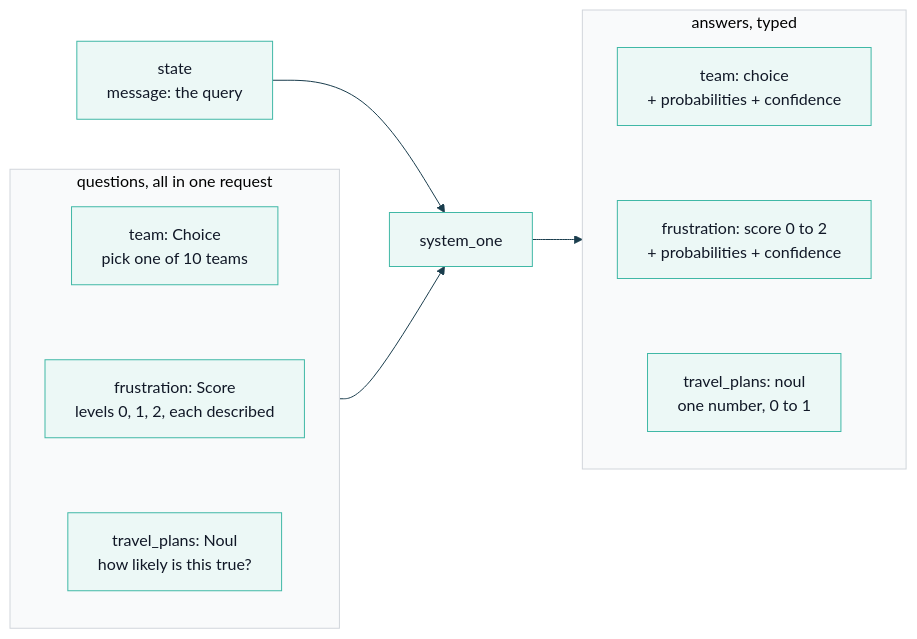
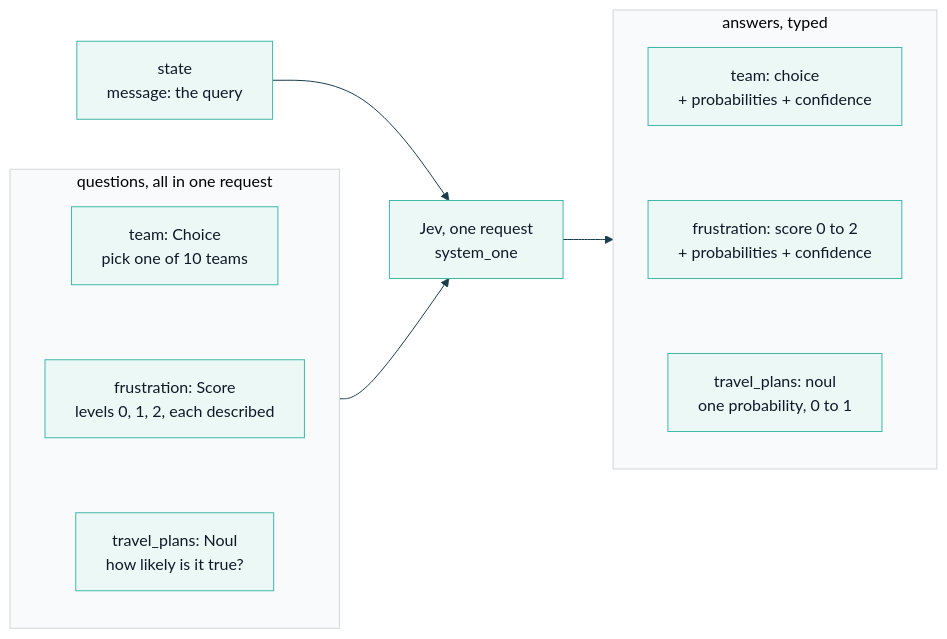
One commit to axel-sirota/getting_started_jev changed the diagram in course/diagrams/module_01/jev-request-anatomy.mmd. Above: the diagram before and after it, drawn with Mermaid. The commit also changed 38 other files, not shown here.

Commit message:
Module 1: notebooks, diagrams and deck

```diff
--- a/course/diagrams/module_01/jev-request-anatomy.mmd
+++ b/course/diagrams/module_01/jev-request-anatomy.mmd
@@ -1,21 +1,21 @@
 %%{init: {"theme": "base", "themeVariables": {"fontFamily": "Inter, sans-serif", "primaryColor": "#ECF8F6", "primaryBorderColor": "#40B8A6", "primaryTextColor": "#111827", "lineColor": "#1A3D4D", "secondaryColor": "#F9FAFB", "tertiaryColor": "#FFFFFF", "clusterBkg": "#F9FAFB", "clusterBorder": "#D1D5DB", "actorBkg": "#ECF8F6", "actorBorder": "#40B8A6", "noteBkgColor": "#FFF6DA", "noteBorderColor": "#E0B84C"}}}%%
 flowchart LR
   ST["state<br/>message: the query"]
   subgraph QS["questions, all in one request"]
     direction TB
     Q1["team: Choice<br/>pick one of 10 teams"]
     Q2["frustration: Score<br/>levels 0, 1, 2, each described"]
-    Q3["travel_plans: Noul<br/>how likely is this true?"]
+    Q3["travel_plans: Noul<br/>how likely is it true?"]
   end
-  J["system_one"]
+  J["Jev, one request<br/>system_one"]
   subgraph AN["answers, typed"]
     direction TB
     A1["team: choice<br/>+ probabilities + confidence"]
     A2["frustration: score 0 to 2<br/>+ probabilities + confidence"]
-    A3["travel_plans: noul<br/>one number, 0 to 1"]
+    A3["travel_plans: noul<br/>one probability, 0 to 1"]
   end
   Q1 ~~~ Q2 ~~~ Q3
   A1 ~~~ A2 ~~~ A3
   ST --> J
   QS --> J
   J --> AN
```
